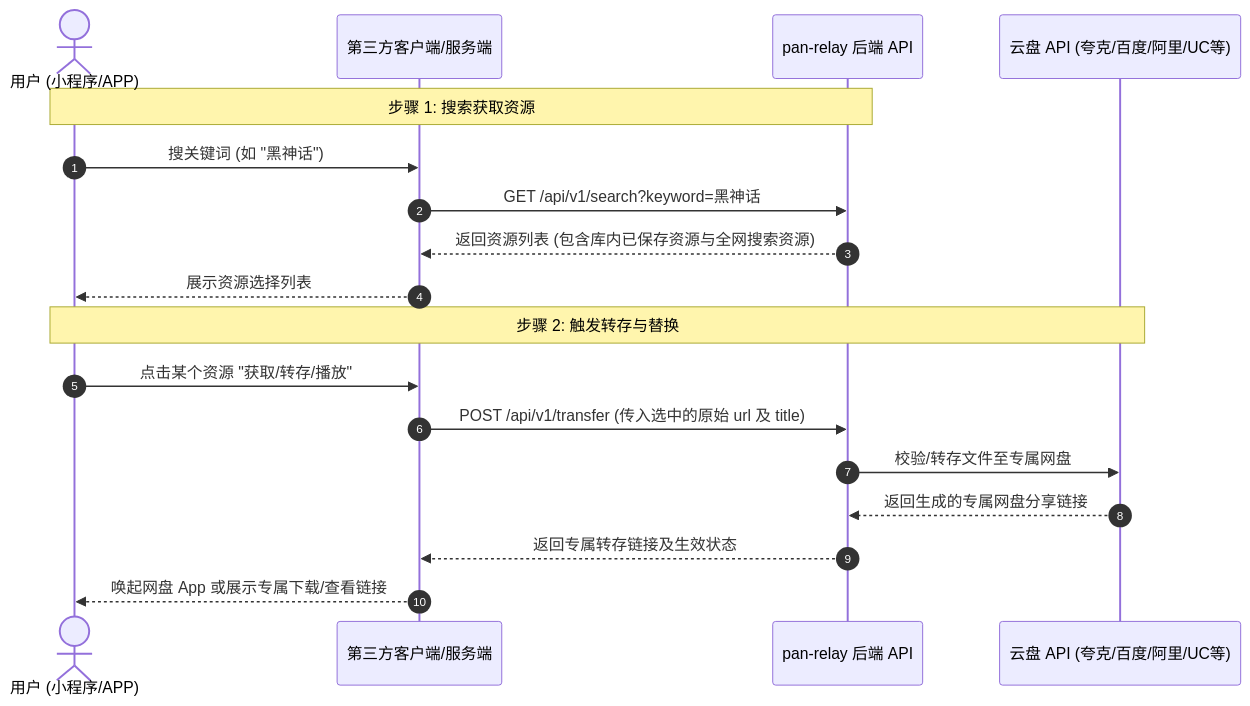
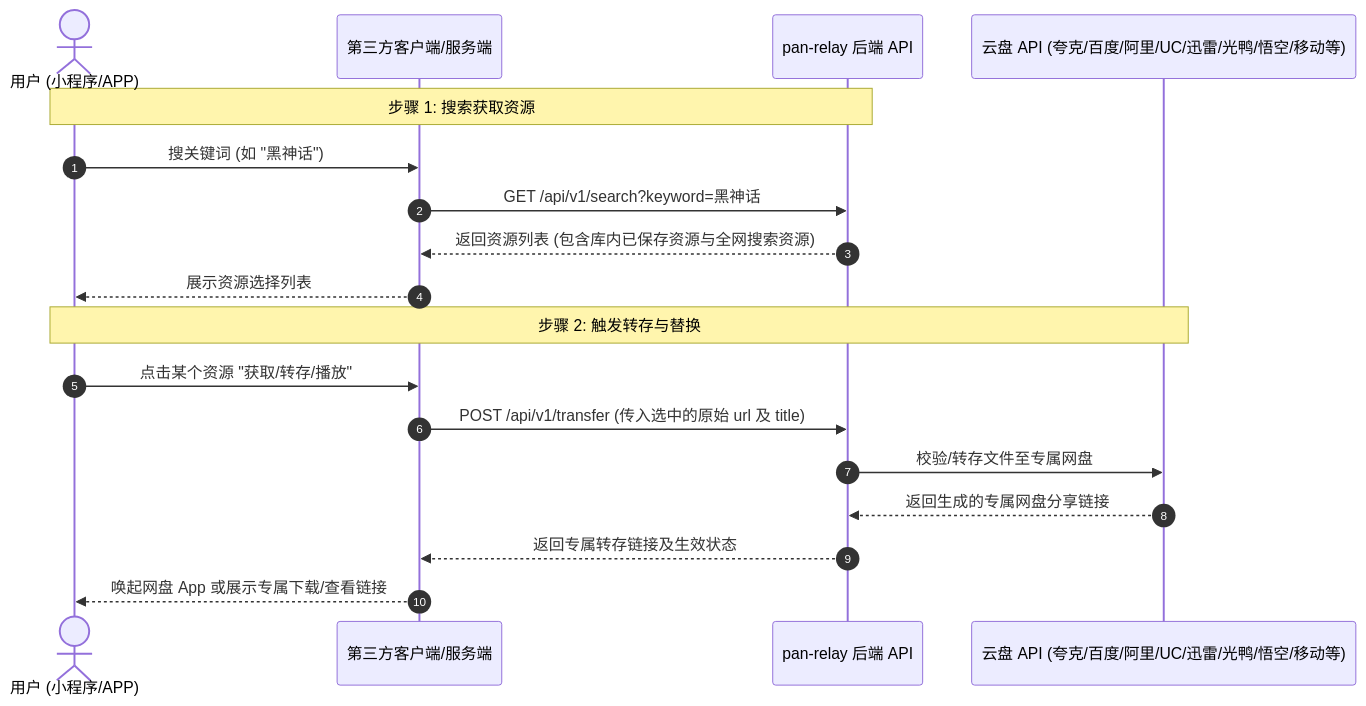
Before and after one commit to ucmao/pan-relay: the diagram in docs/api_v1_docs.md, drawn with Mermaid. The commit also changed 12 other files, not shown here.

````diff
--- a/docs/api_v1_docs.md
+++ b/docs/api_v1_docs.md
@@ -9,22 +9,22 @@
 ```mermaid
 sequenceDiagram
     autonumber
     actor User as 用户 (小程序/APP)
     participant Client as 第三方客户端/服务端
     participant Relay as pan-relay 后端 API
-    participant Netdisk as 云盘 API (夸克/百度/阿里/UC等)
+    participant Netdisk as 云盘 API (夸克/百度/阿里/UC/迅雷/光鸭/悟空/移动等)
 
     Note over User, Relay: 步骤 1: 搜索获取资源
     User->>Client: 搜关键词 (如 "黑神话")
     Client->>Relay: GET /api/v1/search?keyword=黑神话
     Relay-->>Client: 返回资源列表 (包含库内已保存资源与全网搜索资源)
     Client-->>User: 展示资源选择列表
 
     Note over User, Netdisk: 步骤 2: 触发转存与替换
     User->>Client: 点击某个资源 "获取/转存/播放"
     Client->>Relay: POST /api/v1/transfer (传入选中的原始 url 及 title)
     Relay->>Netdisk: 校验/转存文件至专属网盘
     Netdisk-->>Relay: 返回生成的专属网盘分享链接
     Relay-->>Client: 返回专属转存链接及生效状态
     Client-->>User: 唤起网盘 App 或展示专属下载/查看链接
 ```
````
